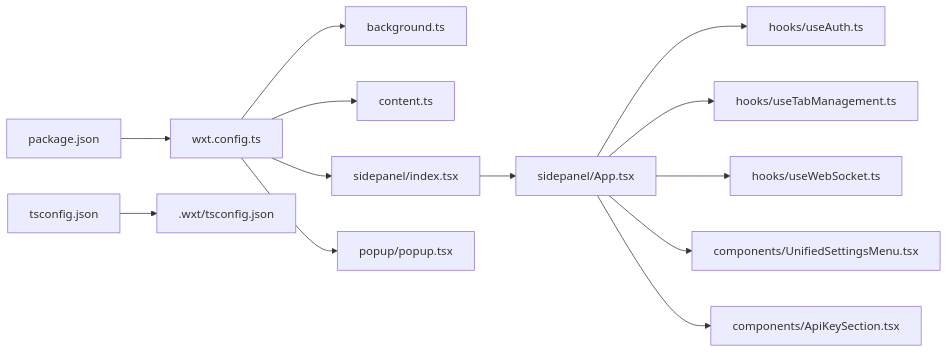
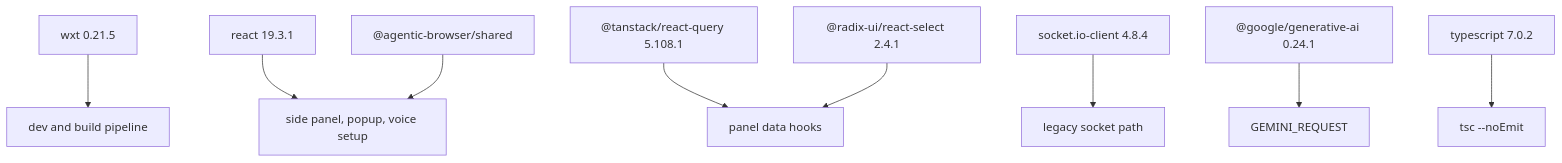
Before and after one commit to tashifkhan/tashif.codes: the fifth of 5 diagrams in src/data/docs/agentic-browser/Browser Extension/Extension Development Guide.md, drawn with Mermaid. The commit also changed other lines of this file and 114 other files, not shown here.

Commit message:
docs(agentic-browser): update docs in place and expand coverage

````diff
--- a/src/data/docs/agentic-browser/Browser Extension/Extension Development Guide.md
+++ b/src/data/docs/agentic-browser/Browser Extension/Extension Development Guide.md
@@ -148,29 +174,11 @@
 ```mermaid
-graph LR
-PKG["package.json"]
-WXT["wxt.config.ts"]
-TS["tsconfig.json"]
-WXT_TS[".wxt/tsconfig.json"]
-BG["background.ts"]
-CS["content.ts"]
-SP_IDX["sidepanel/index.tsx"]
-APP["sidepanel/App.tsx"]
-POP["popup/popup.tsx"]
-AUTH["hooks/useAuth.ts"]
-TAB["hooks/useTabManagement.ts"]
-WS["hooks/useWebSocket.ts"]
-SET["components/UnifiedSettingsMenu.tsx"]
-AK["components/ApiKeySection.tsx"]
-PKG --> WXT
-WXT --> BG
-WXT --> CS
-WXT --> SP_IDX
-WXT --> POP
-SP_IDX --> APP
-APP --> AUTH
-APP --> TAB
-APP --> WS
-APP --> SET
-APP --> AK
-TS --> WXT_TS
+graph TB
+  WXT["wxt 0.21.5"] --> BUILD["dev and build pipeline"]
+  REACT["react 19.3.1"] --> UI["side panel, popup, voice setup"]
+  SH["@agentic-browser/shared"] --> UI
+  RQ["@tanstack/react-query 5.108.1"] --> PANEL["panel data hooks"]
+  RADIX["@radix-ui/react-select 2.4.1"] --> PANEL
+  SOCK["socket.io-client 4.8.4"] --> LEGACY["legacy socket path"]
+  GEM["@google/generative-ai 0.24.1"] --> WORKER["GEMINI_REQUEST"]
+  TS["typescript 7.0.2"] --> CHECK["tsc --noEmit"]
 ```
````
